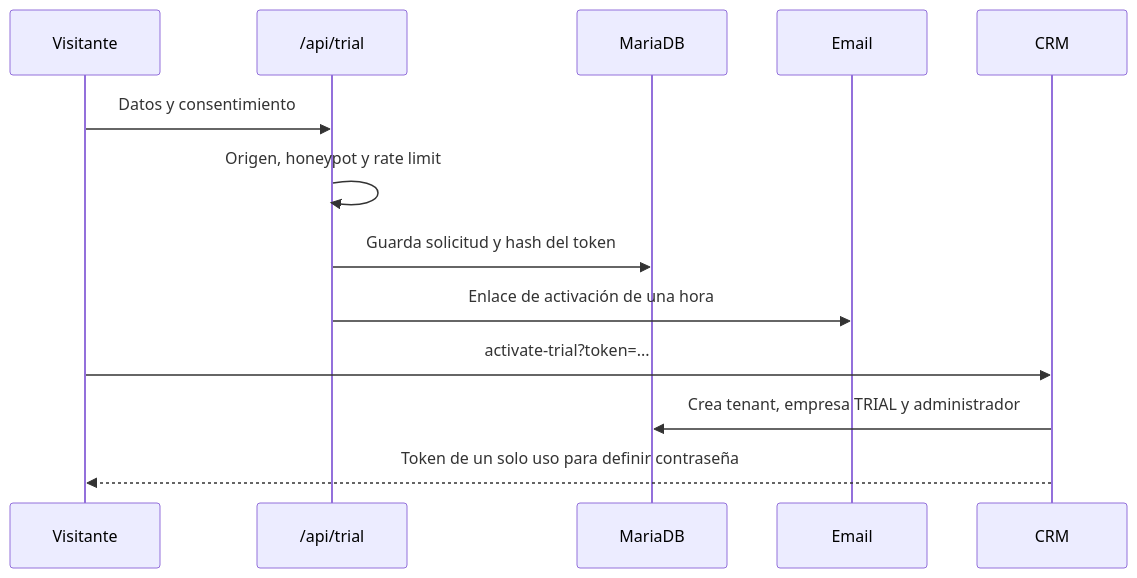
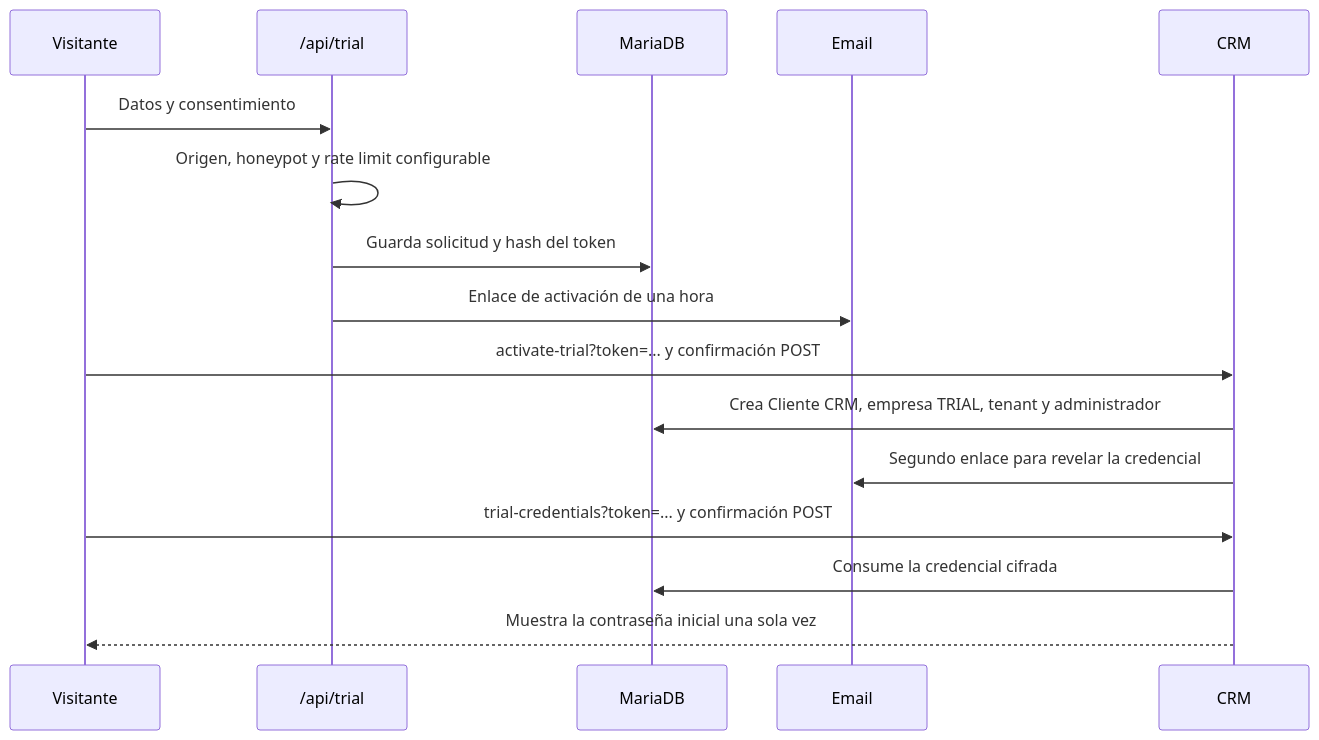
One commit to Jacketring/Membora-CRM changed the fifth of 8 diagrams in docs/18-arquitectura-y-flujos.md. Above: the diagram before and after it, drawn with Mermaid. The commit also changed other lines of this file and 18 other files, not shown here.

````diff
--- a/docs/18-arquitectura-y-flujos.md
+++ b/docs/18-arquitectura-y-flujos.md
@@ -68,15 +68,18 @@
 ```mermaid
 sequenceDiagram
     participant U as Visitante
     participant API as /api/trial
     participant DB as MariaDB
     participant M as Email
     participant CRM as CRM
     U->>API: Datos y consentimiento
-    API->>API: Origen, honeypot y rate limit
+    API->>API: Origen, honeypot y rate limit configurable
     API->>DB: Guarda solicitud y hash del token
     API->>M: Enlace de activación de una hora
-    U->>CRM: activate-trial?token=...
-    CRM->>DB: Crea tenant, empresa TRIAL y administrador
-    CRM-->>U: Token de un solo uso para definir contraseña
+    U->>CRM: activate-trial?token=... y confirmación POST
+    CRM->>DB: Crea Cliente CRM, empresa TRIAL, tenant y administrador
+    CRM->>M: Segundo enlace para revelar la credencial
+    U->>CRM: trial-credentials?token=... y confirmación POST
+    CRM->>DB: Consume la credencial cifrada
+    CRM-->>U: Muestra la contraseña inicial una sola vez
 ```
````
